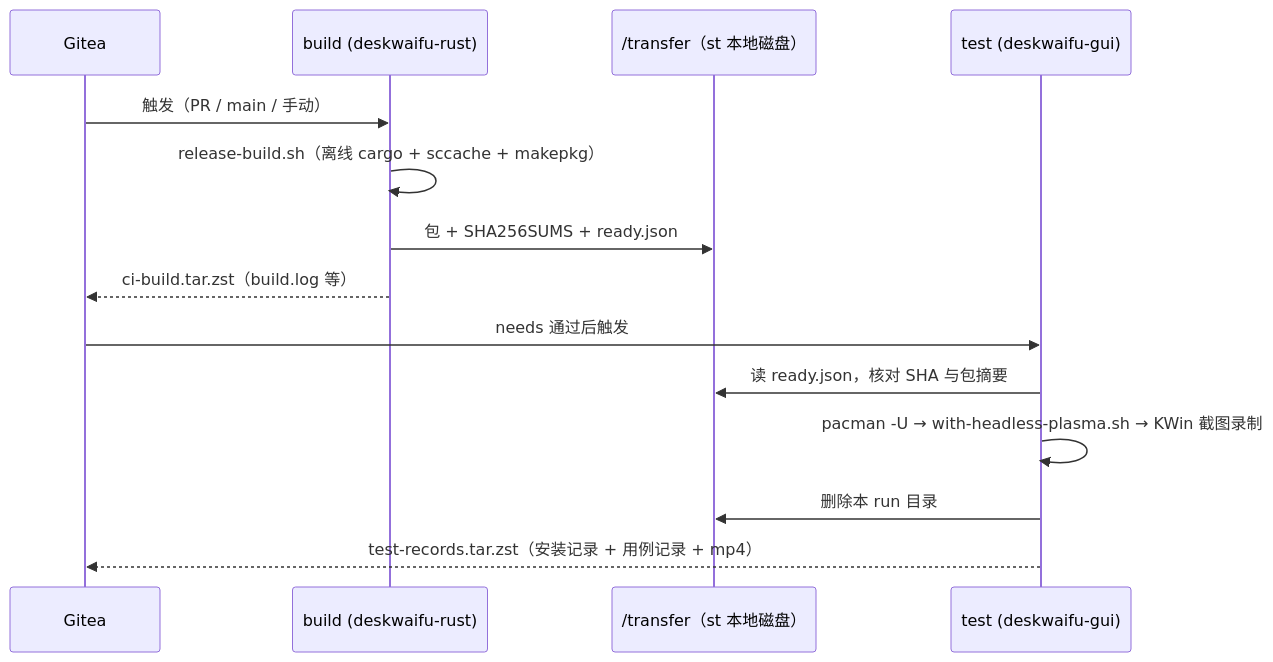
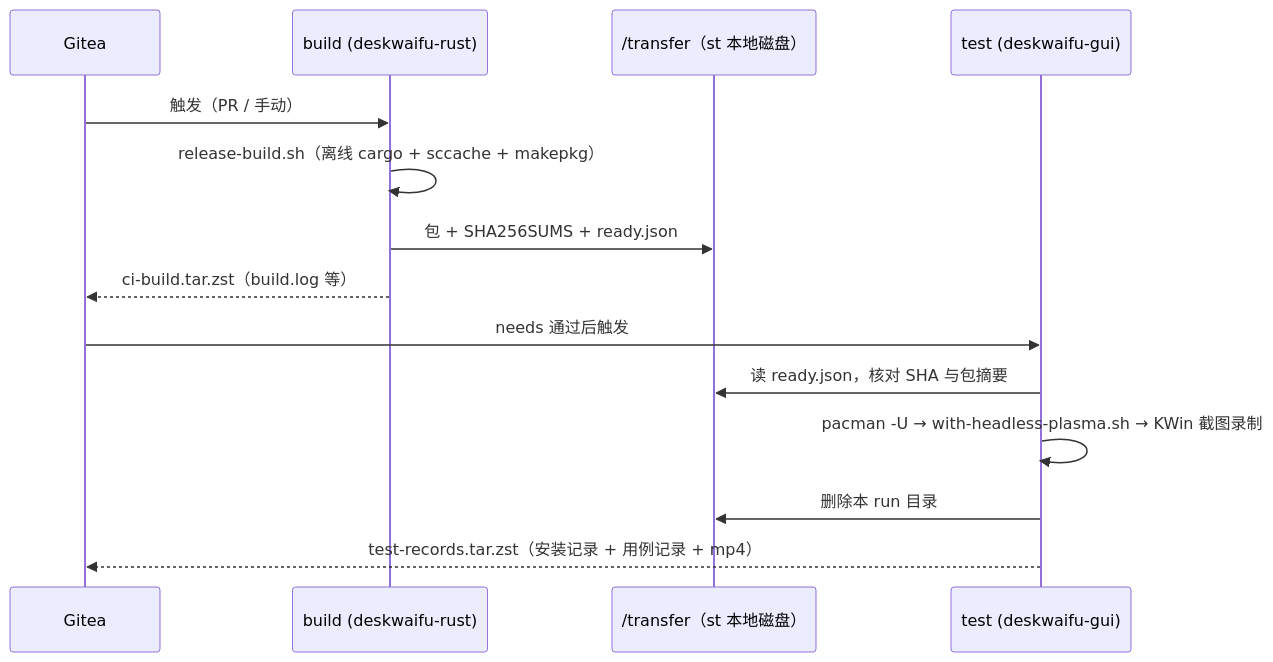
One commit to ad2248/DeskWaifu changed the diagram in 关键设计/ci.md. Above: the diagram before and after it, drawn with Mermaid. The commit also changed other lines of this file and 11 other files, not shown here.

````diff
--- a/关键设计/ci.md
+++ b/关键设计/ci.md
@@ -60,16 +60,16 @@
 ```mermaid
 sequenceDiagram
     participant G as Gitea
     participant B as build (deskwaifu-rust)
     participant S as /transfer（st 本地磁盘）
     participant T as test (deskwaifu-gui)
-    G->>B: 触发（PR / main / 手动）
+    G->>B: 触发（PR / 手动）
     B->>B: release-build.sh（离线 cargo + sccache + makepkg）
     B->>S: 包 + SHA256SUMS + ready.json
     B-->>G: ci-build.tar.zst（build.log 等）
     G->>T: needs 通过后触发
     T->>S: 读 ready.json，核对 SHA 与包摘要
     T->>T: pacman -U → with-headless-plasma.sh → KWin 截图录制
     T->>S: 删除本 run 目录
     T-->>G: test-records.tar.zst（安装记录 + 用例记录 + mp4）
 ```
````
